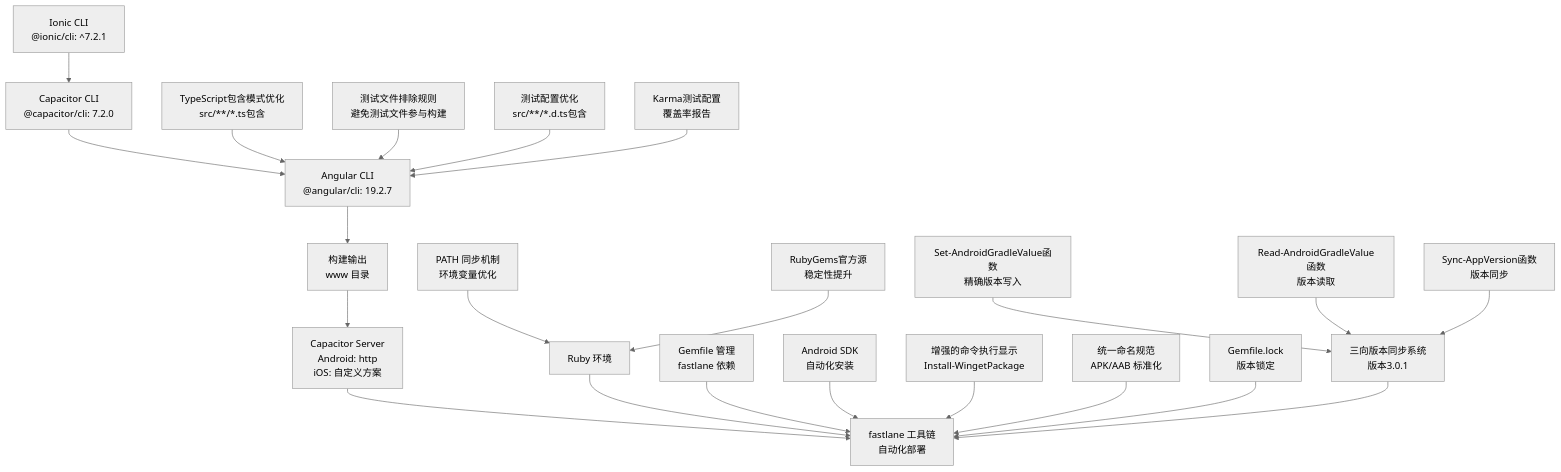
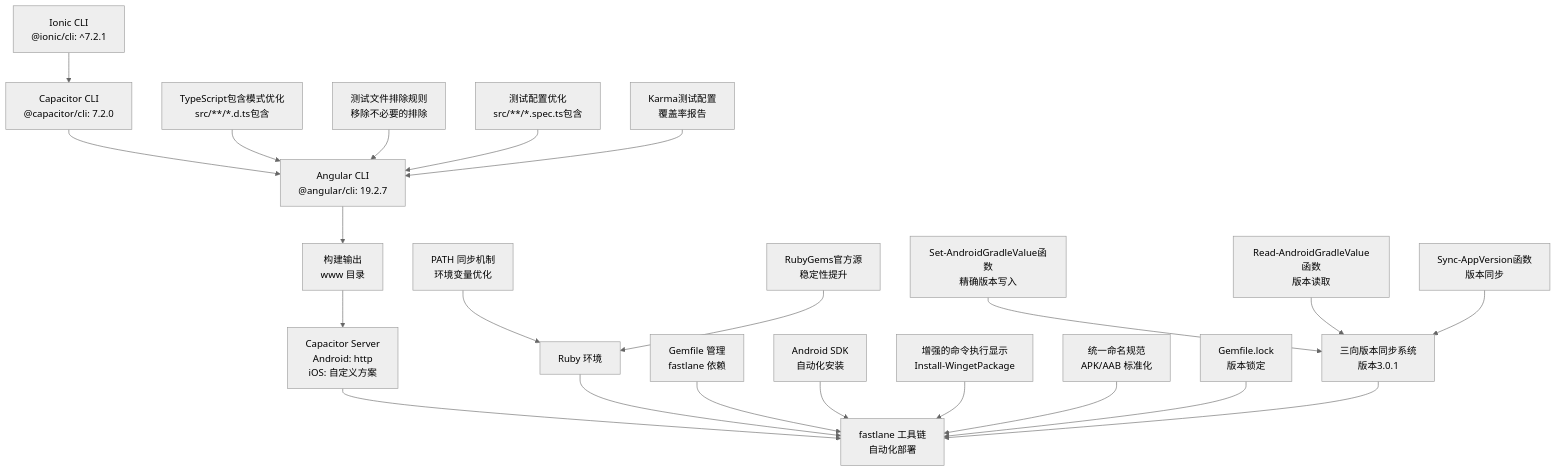
The third of 6 diagrams in .qoder/repowiki/zh/content/构建与部署/构建配置.md (tea4go/Macro-Deck-Client-App), drawn with Mermaid (neutral theme) before and after one commit. The commit also changed other lines of this file and 15 other files, not shown here.

````diff
--- a/.qoder/repowiki/zh/content/构建与部署/构建配置.md
+++ b/.qoder/repowiki/zh/content/构建与部署/构建配置.md
@@ -387,24 +387,24 @@
 ```mermaid
 graph TB
 A["Ionic CLI<br/>@ionic/cli: ^7.2.1"] --> B["Capacitor CLI<br/>@capacitor/cli: 7.2.0"]
 B --> C["Angular CLI<br/>@angular/cli: 19.2.7"]
 C --> D["构建输出<br/>www 目录"]
 D --> E["Capacitor Server<br/>Android: http<br/>iOS: 自定义方案"]
 E --> F["fastlane 工具链<br/>自动化部署"]
 G["Ruby 环境"] --> F
 H["Gemfile 管理<br/>fastlane 依赖"] --> F
 I["Android SDK<br/>自动化安装"] --> F
 J["PATH 同步机制<br/>环境变量优化"] --> G
 K["增强的命令执行显示<br/>Install-WingetPackage"] --> F
 L["统一命名规范<br/>APK/AAB 标准化"] --> F
 M["Gemfile.lock<br/>版本锁定"] --> F
 N["RubyGems官方源<br/>稳定性提升"] --> G
 O["三向版本同步系统<br/>版本3.0.1"] --> F
 P["Set-AndroidGradleValue函数<br/>精确版本写入"] --> O
 Q["Read-AndroidGradleValue函数<br/>版本读取"] --> O
 R["Sync-AppVersion函数<br/>版本同步"] --> O
-S["TypeScript包含模式优化<br/>src/**/*.ts包含"] --> C
-T["测试文件排除规则<br/>避免测试文件参与构建"] --> C
-U["测试配置优化<br/>src/**/*.d.ts包含"] --> C
+S["TypeScript包含模式优化<br/>src/**/*.d.ts包含"] --> C
+T["测试文件排除规则<br/>移除不必要的排除"] --> C
+U["测试配置优化<br/>src/**/*.spec.ts包含"] --> C
 V["Karma测试配置<br/>覆盖率报告"] --> C
 ```
````
